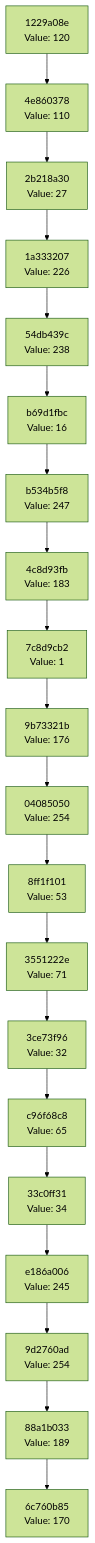
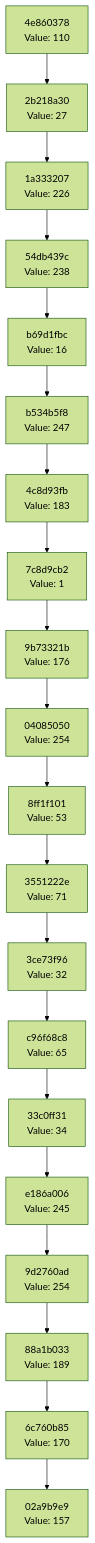
One commit to Abhisheksinha1506/hash-chain-evolver changed the diagram in docs/CHAIN_VISUALIZATION.md. Above: the diagram before and after it, drawn with Mermaid (forest theme). The commit also changed 2 other files, not shown here.

Commit message:
Evolution Step

````diff
--- a/docs/CHAIN_VISUALIZATION.md
+++ b/docs/CHAIN_VISUALIZATION.md
@@ -3,42 +3,42 @@
 ```mermaid
 graph TD
-    C0["6c760b85<br/>Value: 170"]
-    C1["88a1b033<br/>Value: 189"]
+    C0["02a9b9e9<br/>Value: 157"]
+    C1["6c760b85<br/>Value: 170"]
     C1 --> C0
-    C2["9d2760ad<br/>Value: 254"]
+    C2["88a1b033<br/>Value: 189"]
     C2 --> C1
-    C3["e186a006<br/>Value: 245"]
+    C3["9d2760ad<br/>Value: 254"]
     C3 --> C2
-    C4["33c0ff31<br/>Value: 34"]
+    C4["e186a006<br/>Value: 245"]
     C4 --> C3
-    C5["c96f68c8<br/>Value: 65"]
+    C5["33c0ff31<br/>Value: 34"]
     C5 --> C4
-    C6["3ce73f96<br/>Value: 32"]
+    C6["c96f68c8<br/>Value: 65"]
     C6 --> C5
-    C7["3551222e<br/>Value: 71"]
+    C7["3ce73f96<br/>Value: 32"]
     C7 --> C6
-    C8["8ff1f101<br/>Value: 53"]
+    C8["3551222e<br/>Value: 71"]
     C8 --> C7
-    C9["04085050<br/>Value: 254"]
+    C9["8ff1f101<br/>Value: 53"]
     C9 --> C8
-    C10["9b73321b<br/>Value: 176"]
+    C10["04085050<br/>Value: 254"]
     C10 --> C9
-    C11["7c8d9cb2<br/>Value: 1"]
+    C11["9b73321b<br/>Value: 176"]
     C11 --> C10
-    C12["4c8d93fb<br/>Value: 183"]
+    C12["7c8d9cb2<br/>Value: 1"]
     C12 --> C11
-    C13["b534b5f8<br/>Value: 247"]
+    C13["4c8d93fb<br/>Value: 183"]
     C13 --> C12
-    C14["b69d1fbc<br/>Value: 16"]
+    C14["b534b5f8<br/>Value: 247"]
     C14 --> C13
-    C15["54db439c<br/>Value: 238"]
+    C15["b69d1fbc<br/>Value: 16"]
     C15 --> C14
-    C16["1a333207<br/>Value: 226"]
+    C16["54db439c<br/>Value: 238"]
     C16 --> C15
-    C17["2b218a30<br/>Value: 27"]
+    C17["1a333207<br/>Value: 226"]
     C17 --> C16
-    C18["4e860378<br/>Value: 110"]
+    C18["2b218a30<br/>Value: 27"]
     C18 --> C17
-    C19["1229a08e<br/>Value: 120"]
+    C19["4e860378<br/>Value: 110"]
     C19 --> C18
 ```
````
